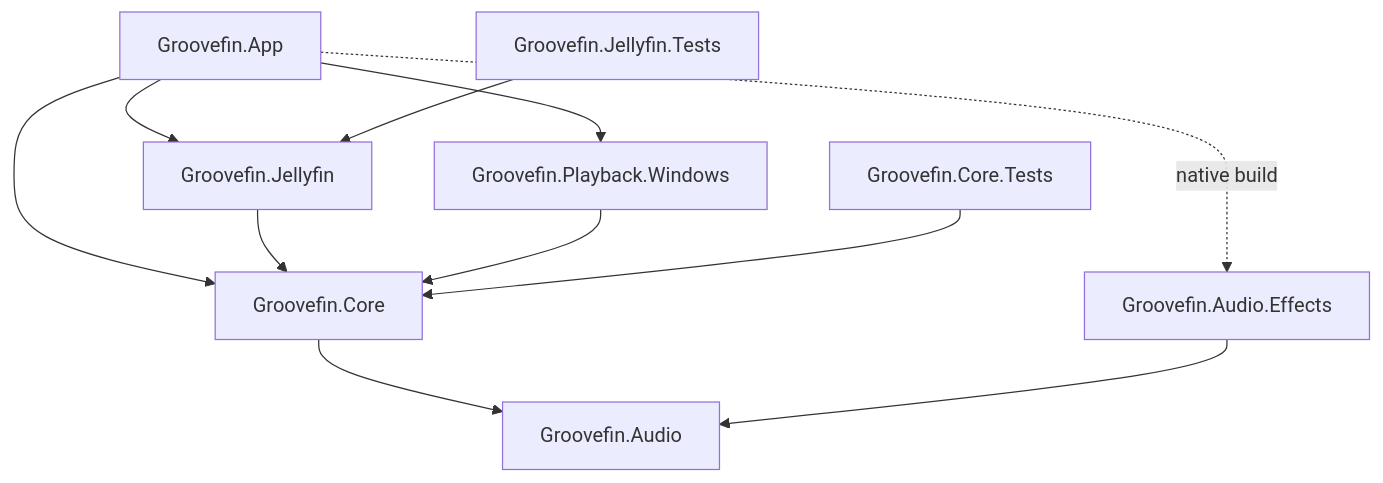
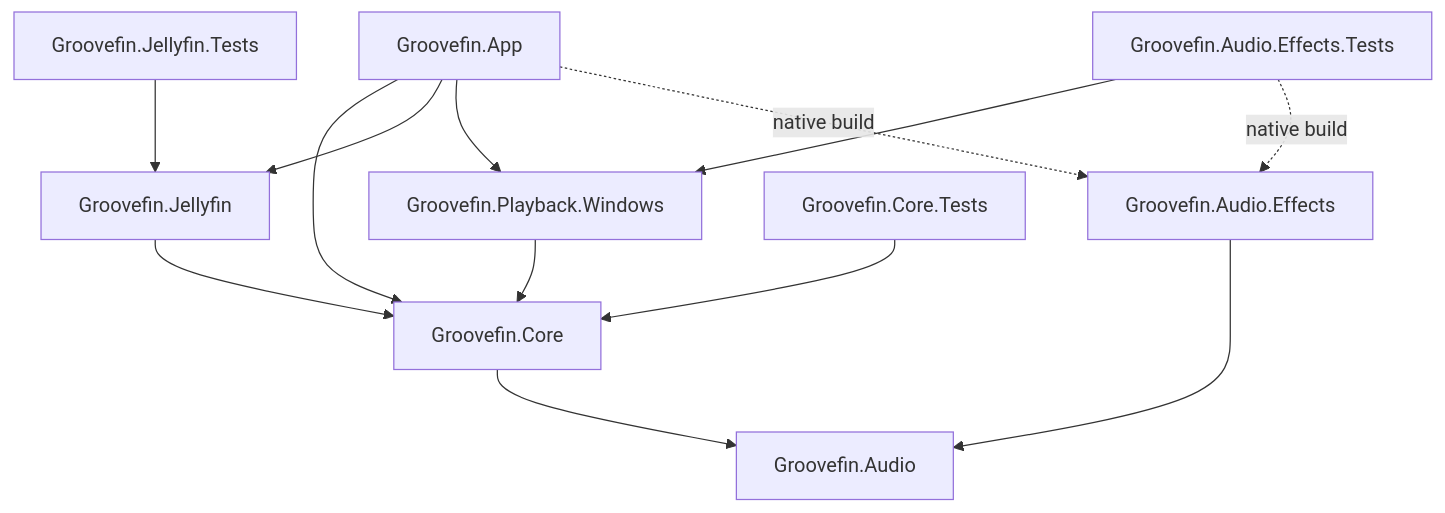
The second of 2 diagrams in docs/architecture.md (sysmike/groovefin), drawn with Mermaid before and after one commit. The commit also changed other lines of this file and 16 other files, not shown here.

````diff
--- a/docs/architecture.md
+++ b/docs/architecture.md
@@ -77,13 +78,15 @@
 ```mermaid
 flowchart TD
     App[Groovefin.App] --> Core[Groovefin.Core]
     App --> Jellyfin[Groovefin.Jellyfin]
     App --> Playback[Groovefin.Playback.Windows]
     App -. native build .-> Effects[Groovefin.Audio.Effects]
     Jellyfin --> Core
     Playback --> Core
     Core --> Audio[Groovefin.Audio]
     Effects --> Audio
     CoreTests[Groovefin.Core.Tests] --> Core
     JellyfinTests[Groovefin.Jellyfin.Tests] --> Jellyfin
+    EffectsTests[Groovefin.Audio.Effects.Tests] --> Playback
+    EffectsTests -. native build .-> Effects
 ```
````
